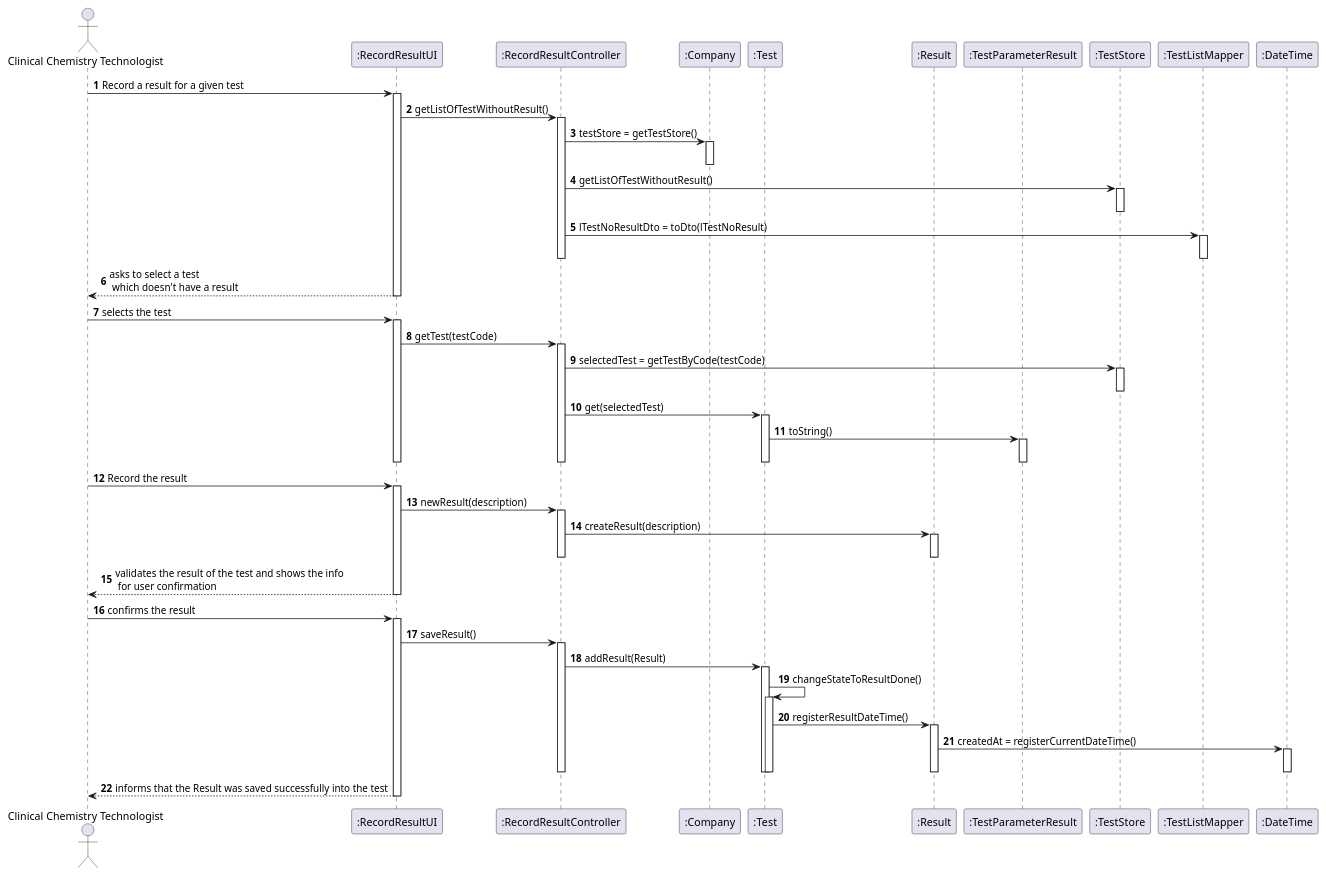
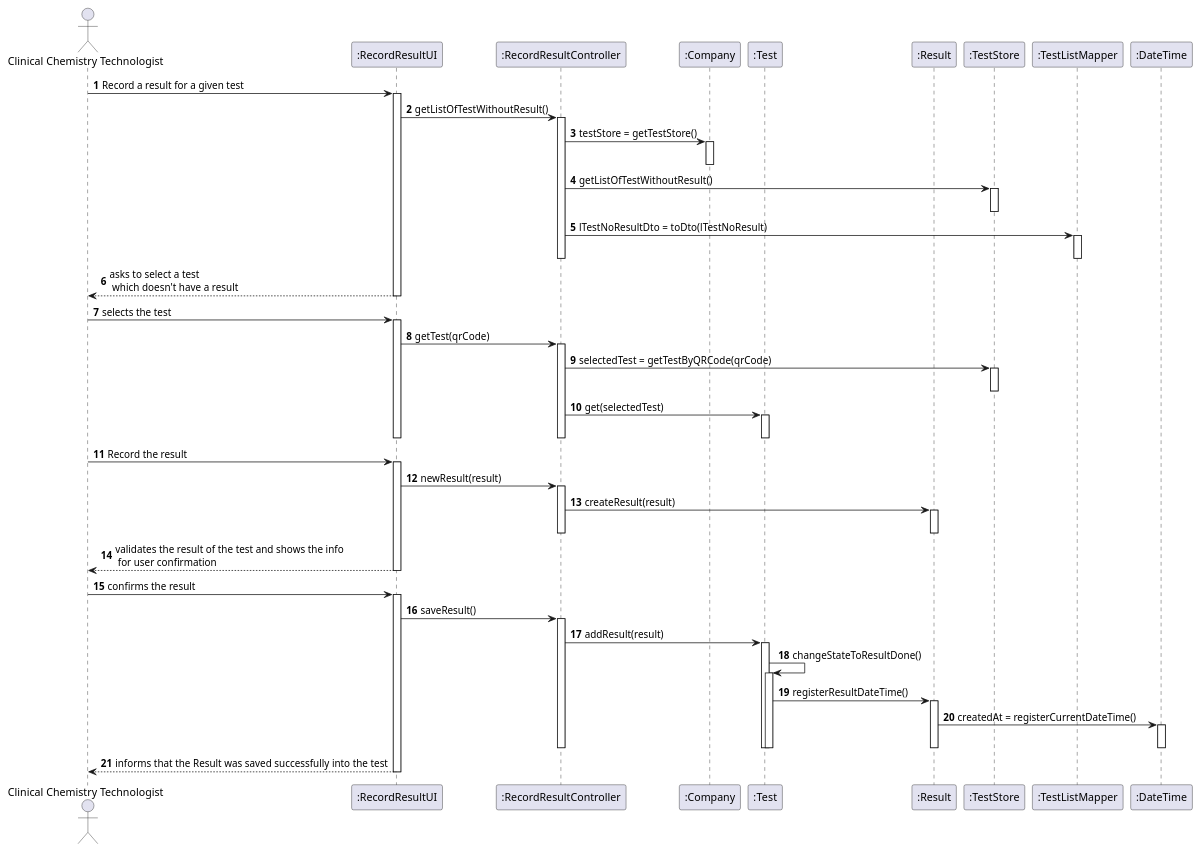
Before and after one commit to GuilhermeCunha79/lapr2: the diagram in docs/SprintC/US12/US12_SD.puml, drawn with PlantUML. The commit also changed 10 other files, not shown here.

```diff
--- a/docs/SprintC/US12/US12_SD.puml
+++ b/docs/SprintC/US12/US12_SD.puml
@@ -1,78 +1,74 @@
 @startuml
 'https://plantuml.com/sequence-diagram
 
 autonumber
 
 actor "Clinical Chemistry Technologist" as CCT
 participant ":RecordResultUI" as UI
 participant ":RecordResultController" as CTRL
 participant ":Company" as COMP
 participant ":Test" as T
 participant ":Result" as RPRT
-participant ":TestParameterResult" as RSLT
 participant ":TestStore" as TS
 participant ":TestListMapper" as TLM
 participant ":DateTime" as DT
 
 CCT -> UI : Record a result for a given test
 activate UI
 UI -> CTRL :  getListOfTestWithoutResult()
     activate CTRL
         CTRL -> COMP : testStore = getTestStore()
         activate COMP
         deactivate COMP
         CTRL -> TS : getListOfTestWithoutResult()
         activate TS
         deactivate TS
         CTRL -> TLM : lTestNoResultDto = toDto(lTestNoResult)
         activate TLM
         deactivate TLM
     deactivate CTRL
 UI --> CCT : asks to select a test \n which doesn't have a result
 deactivate UI
 CCT -> UI : selects the test
 activate UI
-UI -> CTRL : getTest(testCode)
+UI -> CTRL : getTest(qrCode)
     activate CTRL
-        CTRL -> TS : selectedTest = getTestByCode(testCode)
+        CTRL -> TS : selectedTest = getTestByQRCode(qrCode)
         activate TS
         deactivate TS
         CTRL -> T : get(selectedTest)
         activate T
-            T -> RSLT : toString()
-            activate RSLT
-            deactivate RSLT
         deactivate T
     deactivate CTRL
 deactivate UI
 CCT -> UI : Record the result
 activate UI
-UI -> CTRL : newResult(description)
+UI -> CTRL : newResult(result)
     activate CTRL
-        CTRL -> RPRT : createResult(description)
+        CTRL -> RPRT : createResult(result)
         activate RPRT
         deactivate RPRT
     deactivate CTRL
 UI --> CCT : validates the result of the test and shows the info \n for user confirmation
 deactivate UI
 CCT -> UI : confirms the result
 activate UI
 UI -> CTRL : saveResult()
     activate CTRL
-        CTRL -> T : addResult(Result)
+        CTRL -> T : addResult(result)
         activate T
             T -> T : changeStateToResultDone()
             activate T
                 T -> RPRT : registerResultDateTime()
                 activate RPRT
                     RPRT -> DT : createdAt = registerCurrentDateTime()
                     activate DT
                     deactivate DT
                 deactivate RPRT
             deactivate T
         deactivate T
     deactivate CTRL
 UI --> CCT : informs that the Result was saved successfully into the test
 deactivate UI
 
 @enduml
```
